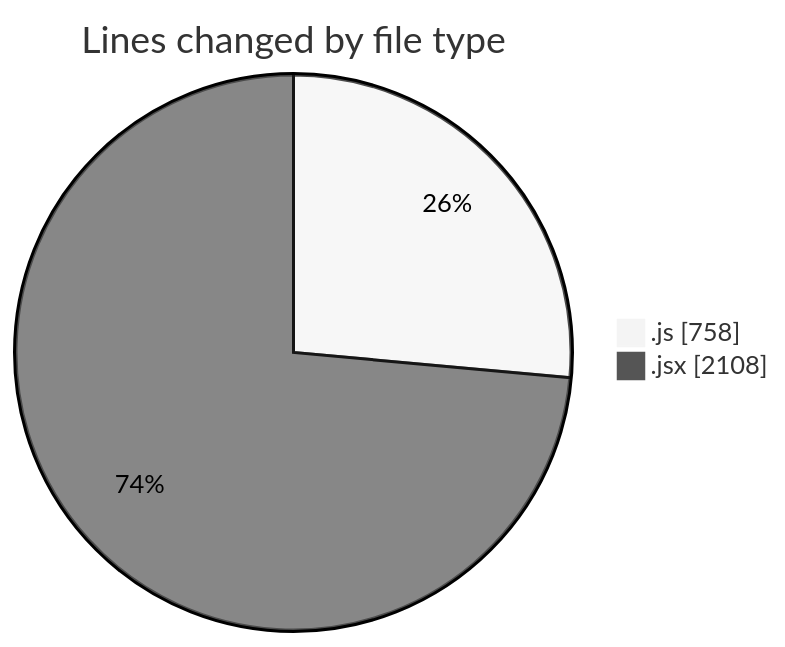
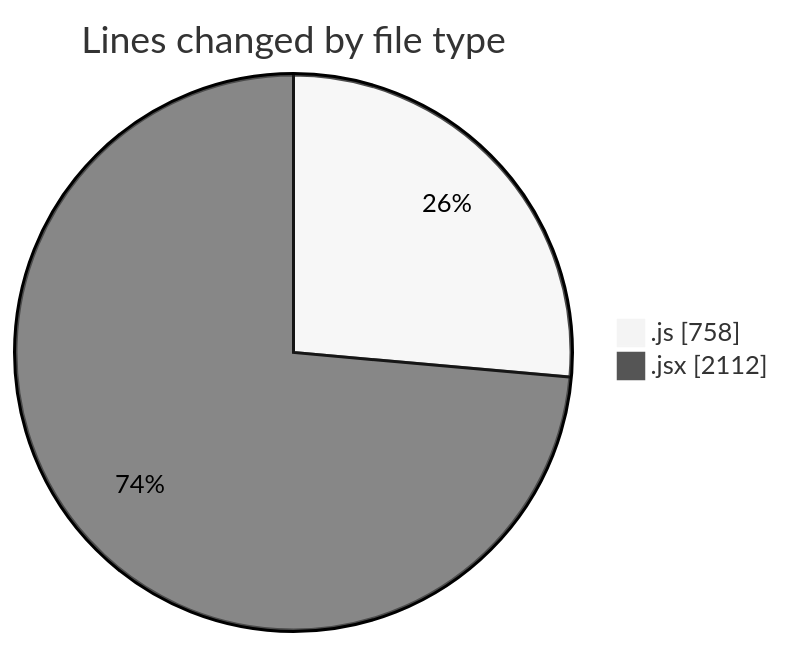
Before and after one commit to nxtqubesakshisongat/code-tracking: the first of 2 diagrams in 2025-05-31/nxtqube_webapp/README.md, drawn with Mermaid (neutral theme). The commit also changed other lines of this file and 1 other file, not shown here.

````diff
--- a/2025-05-31/nxtqube_webapp/README.md
+++ b/2025-05-31/nxtqube_webapp/README.md
@@ -29,6 +29,6 @@
 ```mermaid
 pie showData
 title Lines changed by file type
 ".js" : 758
-".jsx" : 2108
+".jsx" : 2112
 ```
````
